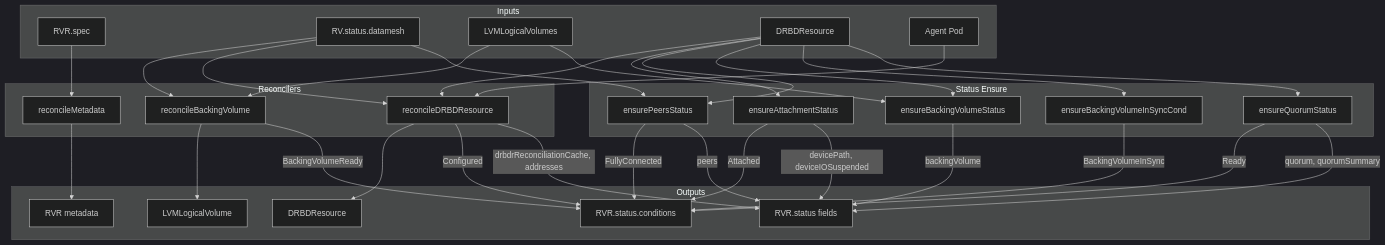
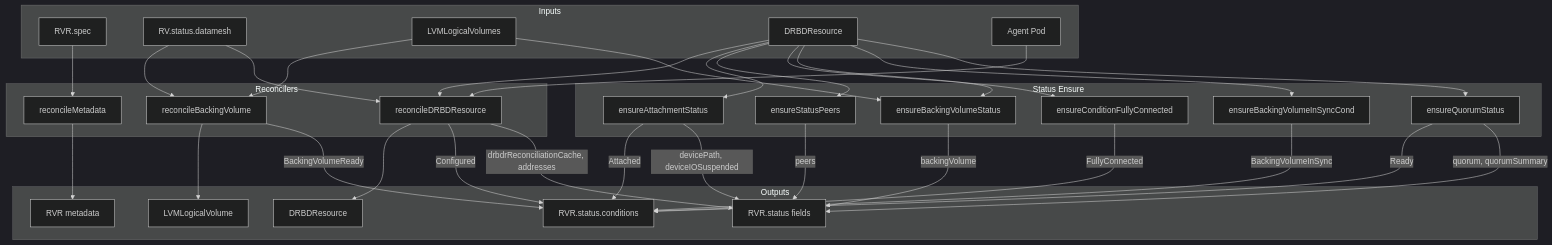
The second of 11 diagrams in images/controller/internal/controllers/rvr_controller/README.md (deckhouse/sds-replicated-volume), drawn with Mermaid (dark theme) before and after one commit. The commit also changed other lines of this file and 4 other files, not shown here.

First line of the commit message:
[controller] Make RVR status.peers reflect pure observed state from DRBDR

````diff
--- a/images/controller/internal/controllers/rvr_controller/README.md
+++ b/images/controller/internal/controllers/rvr_controller/README.md
@@ -425,63 +427,64 @@
 ```mermaid
 flowchart TD
     subgraph inputs [Inputs]
         RVRSpec[RVR.spec]
         RVStatus[RV.status.datamesh]
         LLVs[LVMLogicalVolumes]
         DRBDR[DRBDResource]
         AgentPod[Agent Pod]
     end
 
     subgraph reconcilers [Reconcilers]
         ReconcileMeta[reconcileMetadata]
         ReconcileBV[reconcileBackingVolume]
         ReconcileDRBD[reconcileDRBDResource]
     end
 
     subgraph statusEnsure [Status Ensure]
         EnsureAttach[ensureAttachmentStatus]
-        EnsurePeers[ensurePeersStatus]
+        EnsureStatusPeers[ensureStatusPeers]
+        EnsureCondFC[ensureConditionFullyConnected]
         EnsureBVStatus[ensureBackingVolumeStatus]
         EnsureBVInSync[ensureBackingVolumeInSyncCond]
         EnsureQuorum[ensureQuorumStatus]
     end
 
     subgraph outputs [Outputs]
         RVRMeta[RVR metadata]
         RVRStatusConds[RVR.status.conditions]
         RVRStatusFields[RVR.status fields]
         LLVManaged[LVMLogicalVolume]
         DRBDRManaged[DRBDResource]
     end
 
     RVRSpec --> ReconcileMeta
     RVStatus --> ReconcileBV
     RVStatus --> ReconcileDRBD
     LLVs --> ReconcileBV
     DRBDR --> ReconcileDRBD
     AgentPod --> ReconcileDRBD
 
     ReconcileMeta --> RVRMeta
     ReconcileBV --> LLVManaged
     ReconcileBV -->|BackingVolumeReady| RVRStatusConds
     ReconcileDRBD --> DRBDRManaged
     ReconcileDRBD -->|Configured| RVRStatusConds
     ReconcileDRBD -->|drbdrReconciliationCache, addresses| RVRStatusFields
 
     DRBDR --> EnsureAttach
-    DRBDR --> EnsurePeers
+    DRBDR --> EnsureStatusPeers
+    DRBDR --> EnsureCondFC
     DRBDR --> EnsureBVStatus
     DRBDR --> EnsureBVInSync
     DRBDR --> EnsureQuorum
-    RVStatus --> EnsurePeers
     LLVs --> EnsureBVStatus
 
     EnsureAttach -->|Attached| RVRStatusConds
     EnsureAttach -->|devicePath, deviceIOSuspended| RVRStatusFields
-    EnsurePeers -->|FullyConnected| RVRStatusConds
-    EnsurePeers -->|peers| RVRStatusFields
+    EnsureStatusPeers -->|peers| RVRStatusFields
+    EnsureCondFC -->|FullyConnected| RVRStatusConds
     EnsureBVStatus -->|backingVolume| RVRStatusFields
     EnsureBVInSync -->|BackingVolumeInSync| RVRStatusConds
     EnsureQuorum -->|Ready| RVRStatusConds
     EnsureQuorum -->|quorum, quorumSummary| RVRStatusFields
 ```
````
